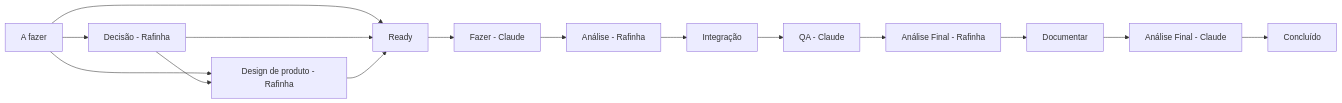
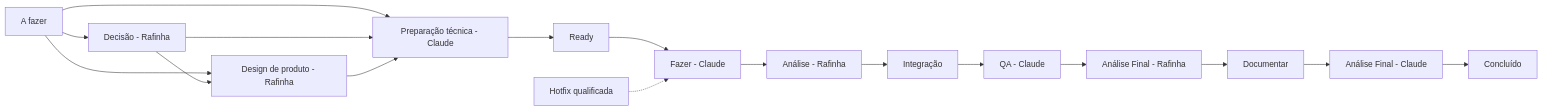
The diagram in README.md (rafinha-as-br/skills-claude), drawn with Mermaid before and after one commit. The commit also changed other lines of this file and 32 other files, not shown here.

````diff
--- a/README.md
+++ b/README.md
@@ -9,17 +9,19 @@
 ```mermaid
 flowchart LR
     Z["A fazer"] --> W["Decisão - Rafinha"]
     Z --> Y["Design de produto - Rafinha"]
-    Z --> R["Ready"]
+    Z --> P["Preparação técnica - Claude"]
     W --> Y
-    W --> R
-    Y --> R
+    W --> P
+    Y --> P
+    P --> R["Ready"]
     R --> A["Fazer - Claude"]
+    HF["Hotfix qualificada"] -.-> A
     A --> B["Análise - Rafinha"]
     B --> C["Integração"]
     C --> D["QA - Claude"]
     D --> F["Análise Final - Rafinha"]
     F --> E["Documentar"]
     E --> G["Análise Final - Claude"]
     G --> H["Concluído"]
 ```
````
